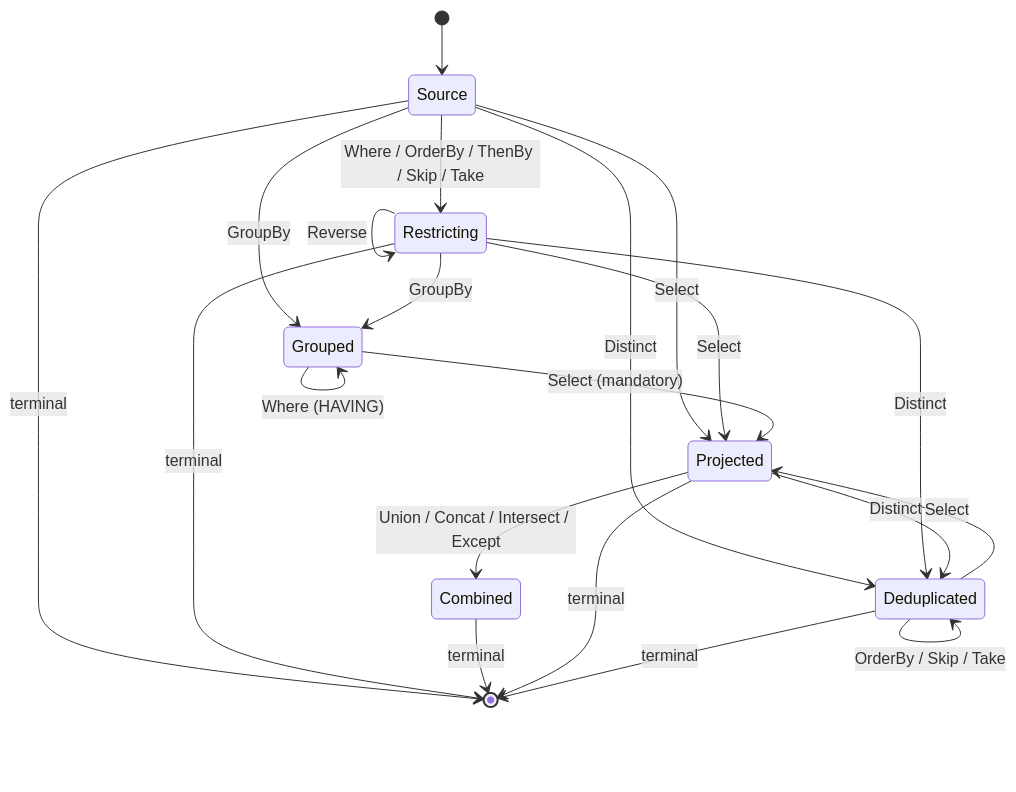
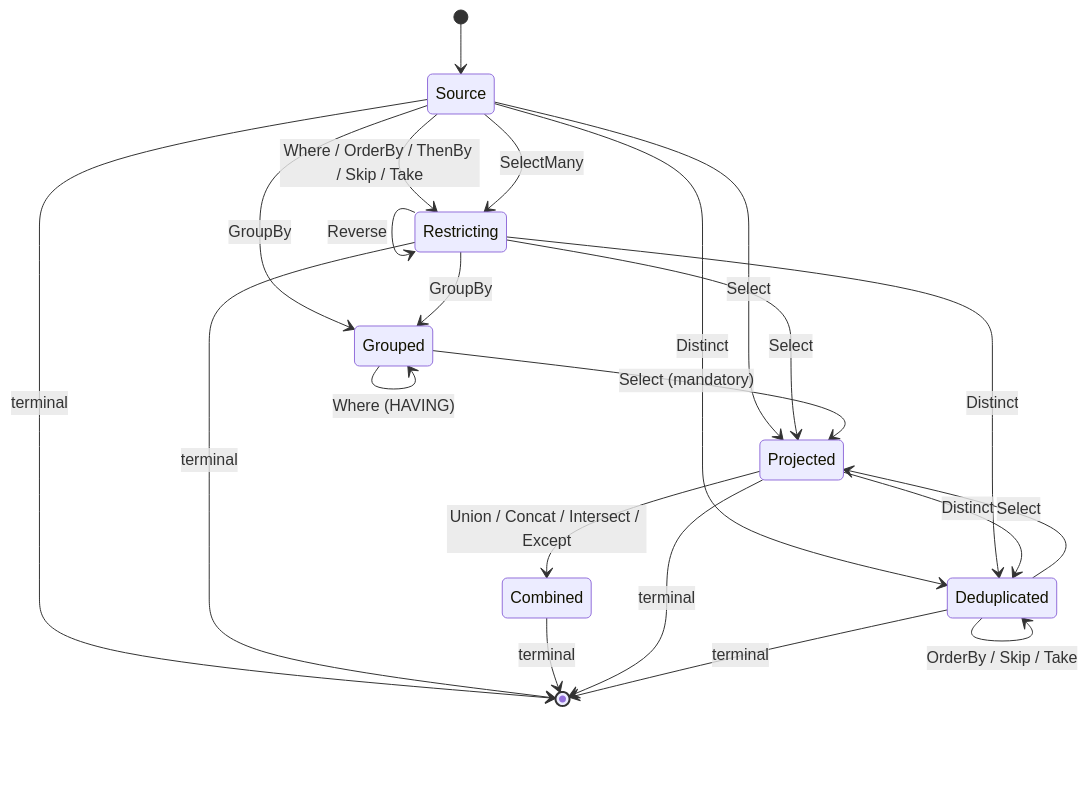
One commit to Papyrine/Scry changed the diagram in docs/includes/pipeline-order.include.md. Above: the diagram before and after it, drawn with Mermaid. The commit also changed other lines of this file and 12 other files, not shown here.

First line of the commit message:
Support SelectMany over a queryable collection

````diff
--- a/docs/includes/pipeline-order.include.md
+++ b/docs/includes/pipeline-order.include.md
@@ -3,25 +3,27 @@
 ```mermaid
 stateDiagram-v2
     direction TB
     [*] --> Source
     Source --> Restricting: Where / OrderBy / ThenBy / Skip / Take
     Restricting --> Restricting: (any order, any number)
+    Source --> Restricting: SelectMany
+    Restricting --> Restricting: SelectMany
     Source --> Grouped: GroupBy
     Restricting --> Grouped: GroupBy
     Grouped --> Grouped: Where (HAVING)
     Restricting --> Restricting: Reverse
     Source --> Projected: Select
     Restricting --> Projected: Select
     Grouped --> Projected: Select (mandatory)
     Source --> Deduplicated: Distinct
     Restricting --> Deduplicated: Distinct
     Projected --> Deduplicated: Distinct
     Deduplicated --> Projected: Select
     Deduplicated --> Deduplicated: OrderBy / Skip / Take
     Source --> [*]: terminal
     Restricting --> [*]: terminal
     Projected --> Combined: Union / Concat / Intersect / Except
     Combined --> [*]: terminal
     Projected --> [*]: terminal
     Deduplicated --> [*]: terminal
 ```
````
